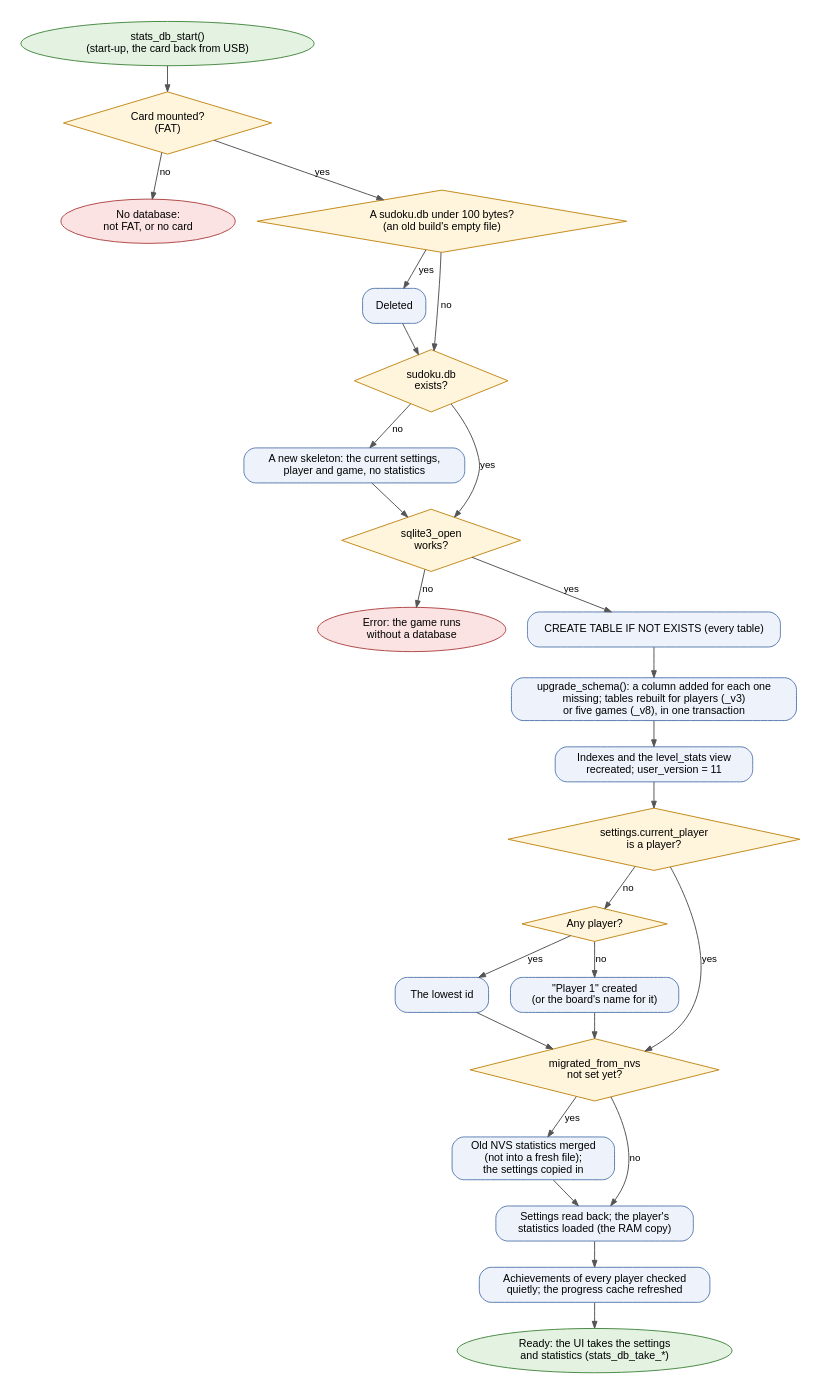
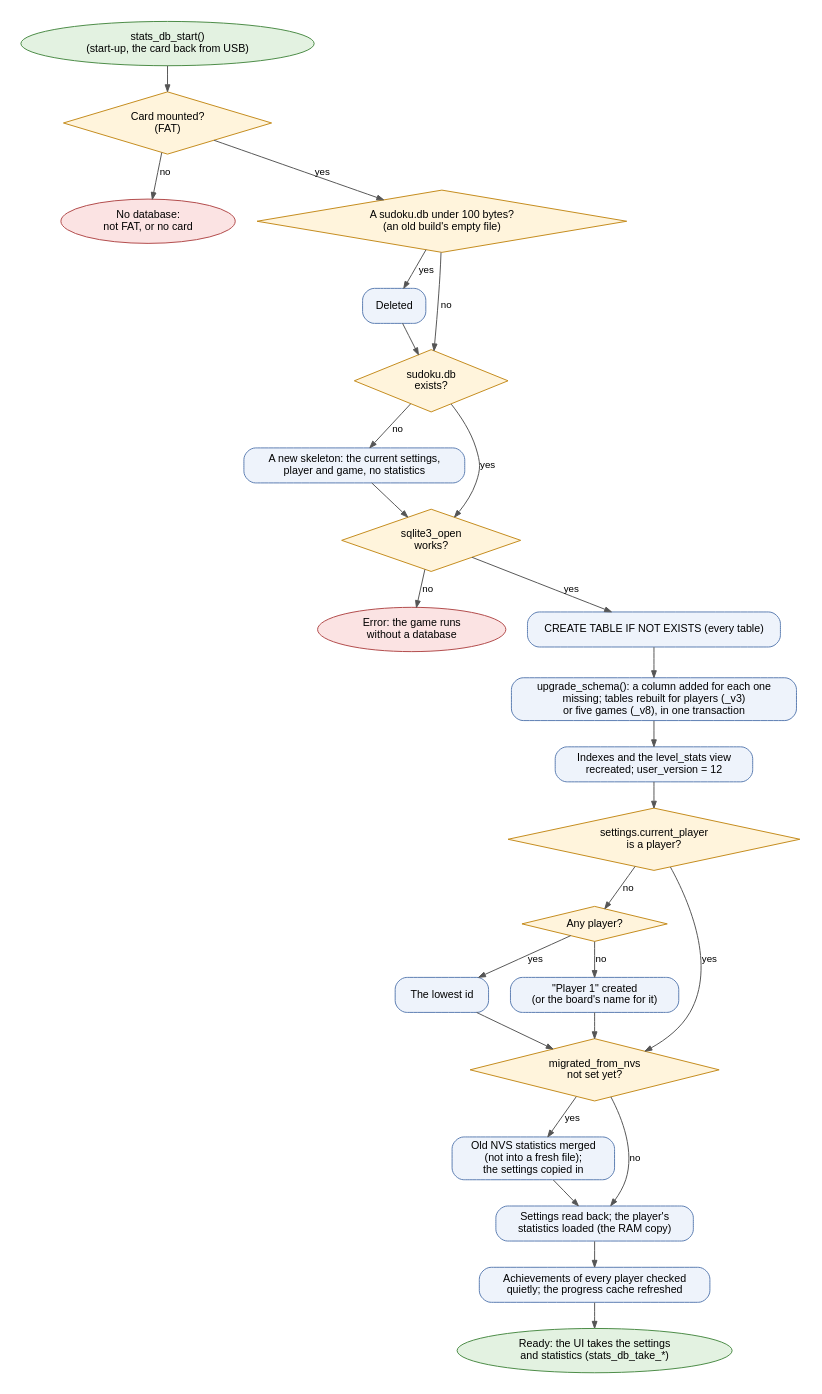
Before and after one commit to edipermadi/esp32p4_sudoku: the diagram in docs/diagrams/db_open.dot, drawn with Graphviz. The commit also changed 82 other files, not shown here.

```diff
--- a/docs/diagrams/db_open.dot
+++ b/docs/diagrams/db_open.dot
@@ -1,45 +1,45 @@
 // Opening sudoku.db: do_open_inner() in stats_db.c (the stats_db task)
 digraph db_open {
     graph [bgcolor="white", fontname="Helvetica", fontsize=11, nodesep=0.3, ranksep=0.35, pad=0.2];
     node  [fontname="Helvetica", fontsize=11, shape=box, style="rounded,filled", fillcolor="#EEF3FB", color="#5B7DB1", margin="0.15,0.05"];
     edge  [fontname="Helvetica", fontsize=10, color="#555555", arrowsize=0.7];
     start [shape=oval, fillcolor="#E3F2E1", color="#4A8A44", label="stats_db_start()\n(start-up, the card back from USB)"];
     mount [shape=diamond, style=filled, fillcolor="#FFF4DC", color="#C48A1A", label="Card mounted?\n(FAT)"];
     nofat [shape=oval, fillcolor="#FBE3E3", color="#B14A4A", label="No database:\nnot FAT, or no card"];
     tiny  [shape=diamond, style=filled, fillcolor="#FFF4DC", color="#C48A1A", label="A sudoku.db under 100 bytes?\n(an old build's empty file)"];
     del   [label="Deleted"];
     exist [shape=diamond, style=filled, fillcolor="#FFF4DC", color="#C48A1A", label="sudoku.db\nexists?"];
     fresh [label="A new skeleton: the current settings,\nplayer and game, no statistics"];
     open  [shape=diamond, style=filled, fillcolor="#FFF4DC", color="#C48A1A", label="sqlite3_open\nworks?"];
     err   [shape=oval, fillcolor="#FBE3E3", color="#B14A4A", label="Error: the game runs\nwithout a database"];
     schema[label="CREATE TABLE IF NOT EXISTS (every table)"];
     up    [label="upgrade_schema(): a column added for each one\nmissing; tables rebuilt for players (_v3)\nor five games (_v8), in one transaction"];
-    post  [label="Indexes and the level_stats view\nrecreated; user_version = 11"];
+    post  [label="Indexes and the level_stats view\nrecreated; user_version = 12"];
     who   [shape=diamond, style=filled, fillcolor="#FFF4DC", color="#C48A1A", label="settings.current_player\nis a player?"];
     first [shape=diamond, style=filled, fillcolor="#FFF4DC", color="#C48A1A", label="Any player?"];
     minp  [label="The lowest id"];
     make  [label="\"Player 1\" created\n(or the board's name for it)"];
     nvs   [shape=diamond, style=filled, fillcolor="#FFF4DC", color="#C48A1A", label="migrated_from_nvs\nnot set yet?"];
     merge [label="Old NVS statistics merged\n(not into a fresh file);\nthe settings copied in"];
     prefs [label="Settings read back; the player's\nstatistics loaded (the RAM copy)"];
     back  [label="Achievements of every player checked\nquietly; the progress cache refreshed"];
     ready [shape=oval, fillcolor="#E3F2E1", color="#4A8A44", label="Ready: the UI takes the settings\nand statistics (stats_db_take_*)"];
 
     start -> mount;
     mount -> nofat [label="no"];
     mount -> tiny [label="yes"];
     tiny -> del [label="yes"]; del -> exist;
     tiny -> exist [label="no"];
     exist -> open [label="yes"];
     exist -> fresh [label="no"]; fresh -> open;
     open -> err [label="no"];
     open -> schema [label="yes"];
     schema -> up -> post -> who;
     who -> nvs [label="yes"];
     who -> first [label="no"];
     first -> minp [label="yes"]; minp -> nvs;
     first -> make [label="no"]; make -> nvs;
     nvs -> merge [label="yes"]; merge -> prefs;
     nvs -> prefs [label="no"];
     prefs -> back -> ready;
 }
```
